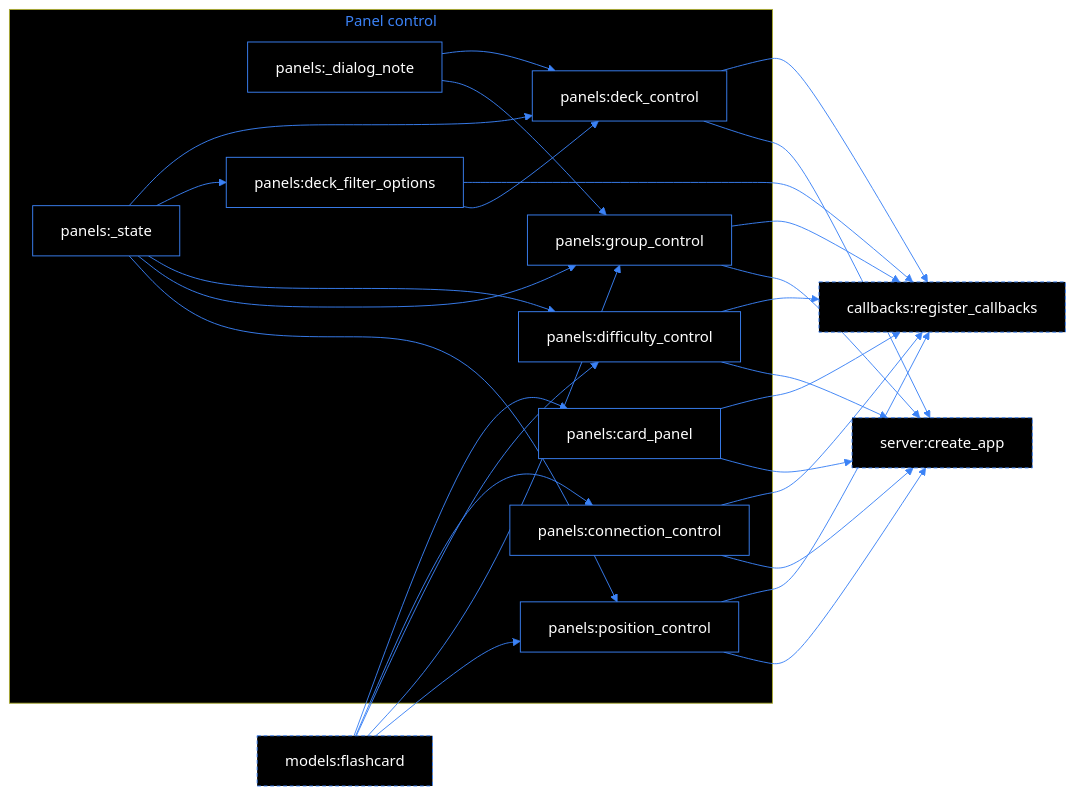
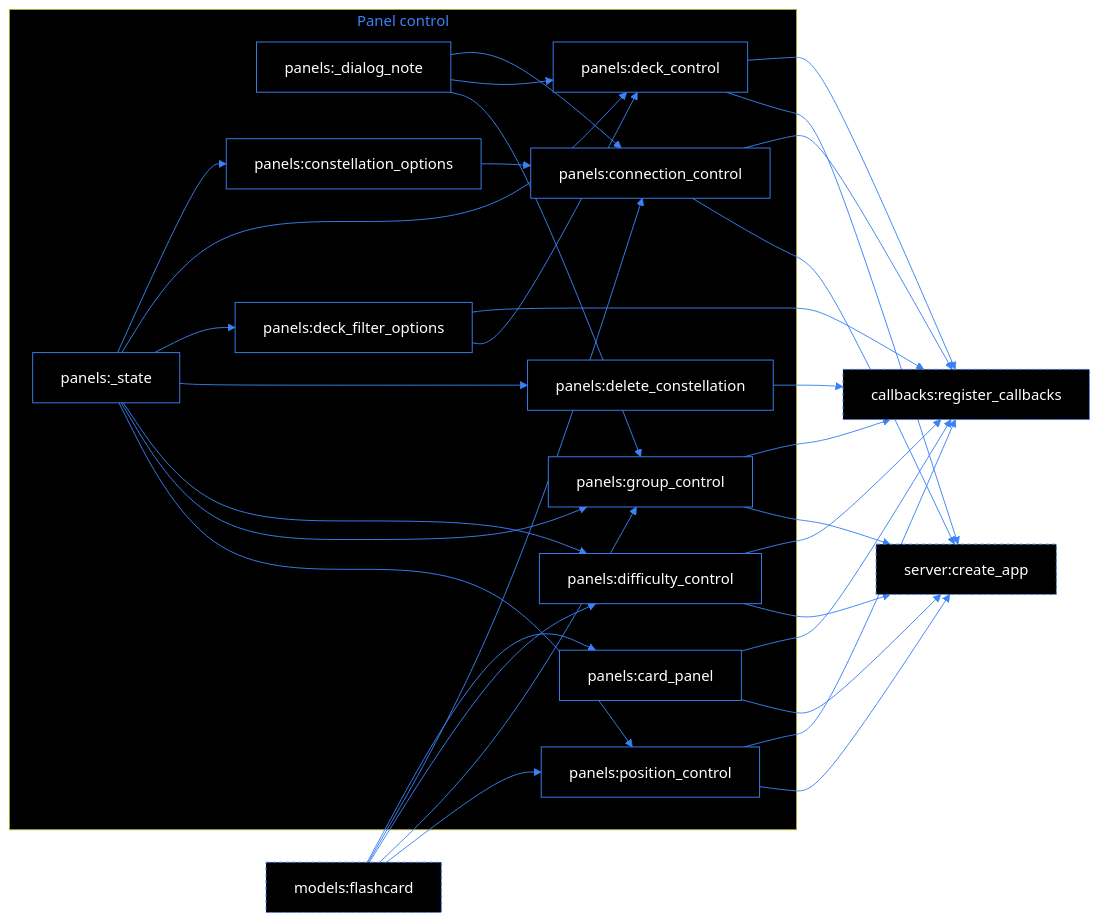
The fourth of 10 diagrams in INDEX.md (ArtjomAdamow/Fennelkernel-flashcards), drawn with Mermaid before and after one commit. The commit also changed other lines of this file and 31 other files, not shown here.

````diff
--- a/INDEX.md
+++ b/INDEX.md
@@ -320,50 +320,57 @@
 ```mermaid
 graph LR
     %% arrow A --> B: B uses A; dashed = component of another section
     %% dashed arrow A -.-> B: transitive relation (data flow through module-level variables)
     classDef ext stroke: #3b82f6,stroke-dasharray: 4 3
     linkStyle default stroke: #3b82f6, color: #3b82f6
     classDef default fill: #000000ff, stroke: #3b82f6, color: #ffffffff
 
     subgraph sg_section_2["Panel control"]
         n_panels_card_panel["panels:card_panel"]
         n_panels_difficulty_control["panels:difficulty_control"]
         n_panels_position_control["panels:position_control"]
         n_panels_group_control["panels:group_control"]
         n_panels_connection_control["panels:connection_control"]
         n_panels__state["panels:_state"]
         n_panels__dialog_note["panels:_dialog_note"]
         n_panels_deck_filter_options["panels:deck_filter_options"]
         n_panels_deck_control["panels:deck_control"]
+        n_panels_constellation_options["panels:constellation_options"]
+        n_panels_delete_constellation["panels:delete_constellation"]
     end
     style sg_section_2 color: #3b82f6, fill: #000000ff
     n_callbacks_register_callbacks["callbacks:register_callbacks"]:::ext
     n_models_flashcard["models:flashcard"]:::ext
     n_server_create_app["server:create_app"]:::ext
     n_models_flashcard --> n_panels_card_panel
     n_models_flashcard --> n_panels_connection_control
     n_models_flashcard --> n_panels_difficulty_control
     n_models_flashcard --> n_panels_group_control
     n_models_flashcard --> n_panels_position_control
+    n_panels__dialog_note --> n_panels_connection_control
     n_panels__dialog_note --> n_panels_deck_control
     n_panels__dialog_note --> n_panels_group_control
+    n_panels__state --> n_panels_constellation_options
     n_panels__state --> n_panels_deck_control
     n_panels__state --> n_panels_deck_filter_options
+    n_panels__state --> n_panels_delete_constellation
     n_panels__state --> n_panels_difficulty_control
     n_panels__state --> n_panels_group_control
     n_panels__state --> n_panels_position_control
     n_panels_card_panel --> n_callbacks_register_callbacks
     n_panels_card_panel --> n_server_create_app
     n_panels_connection_control --> n_callbacks_register_callbacks
     n_panels_connection_control --> n_server_create_app
+    n_panels_constellation_options --> n_panels_connection_control
     n_panels_deck_control --> n_callbacks_register_callbacks
     n_panels_deck_control --> n_server_create_app
     n_panels_deck_filter_options --> n_callbacks_register_callbacks
     n_panels_deck_filter_options --> n_panels_deck_control
+    n_panels_delete_constellation --> n_callbacks_register_callbacks
     n_panels_difficulty_control --> n_callbacks_register_callbacks
     n_panels_difficulty_control --> n_server_create_app
     n_panels_group_control --> n_callbacks_register_callbacks
     n_panels_group_control --> n_server_create_app
     n_panels_position_control --> n_callbacks_register_callbacks
     n_panels_position_control --> n_server_create_app
 ```
````
